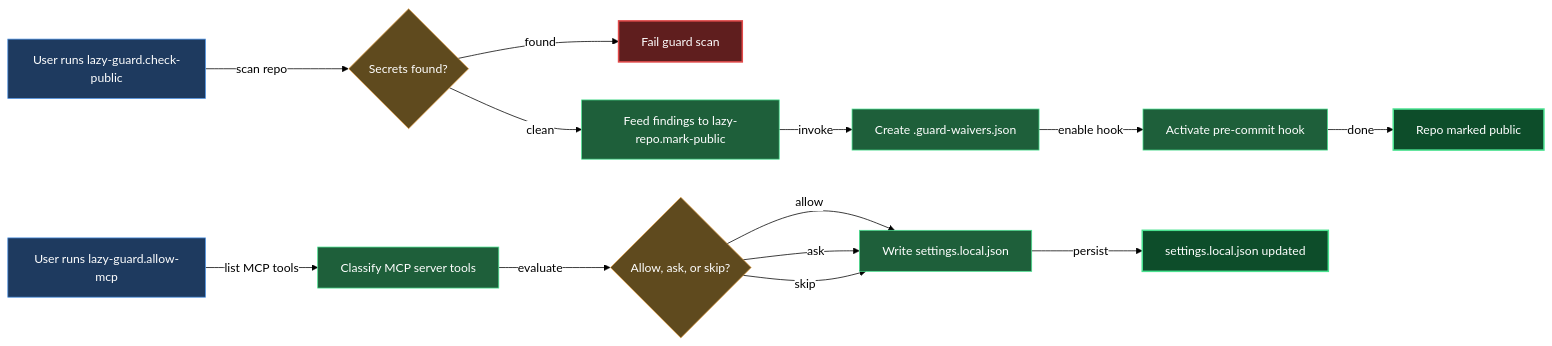
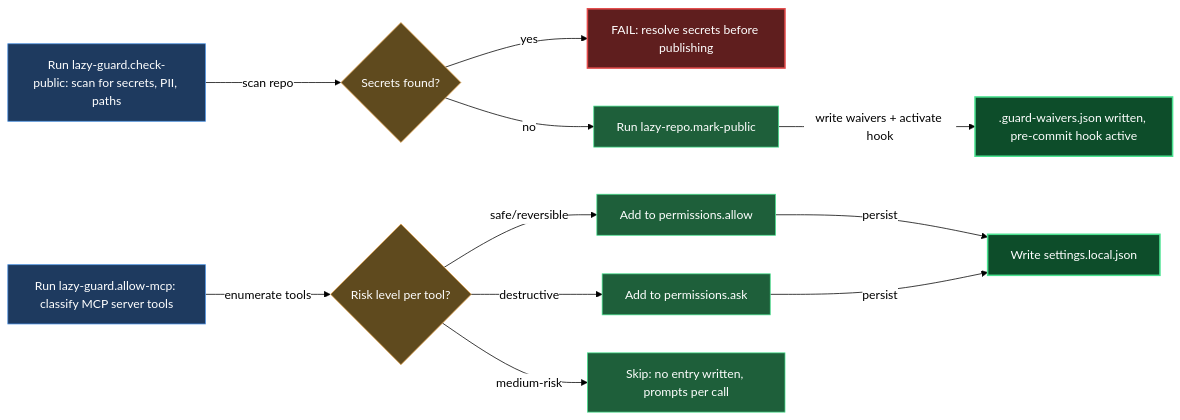
The diagram in claude/lazycortex-core/help/guardian.md (mebius-san/lazy-cortex), drawn with Mermaid before and after one commit. The commit also changed other lines of this file and 34 other files, not shown here.

````diff
--- a/claude/lazycortex-core/help/guardian.md
+++ b/claude/lazycortex-core/help/guardian.md
@@ -60,48 +60,40 @@
 ```mermaid
 %%{init: {'themeVariables':{'background':'transparent','lineColor':'#000','textColor':'#000','edgeLabelBackground':'#fff'},'themeCSS':'.edgeLabel{background-color:transparent!important}.edgeLabel p{background-color:transparent!important}','flowchart':{'diagramPadding':5,'useMaxWidth':true}}}%%
 flowchart LR
-  userRunsCheckPublic[User runs lazy-guard.check-public]
-  secretsFound{Secrets found?}
-  failGuardScan[Fail guard scan]
-  feedFindingsToMarkPublic[Feed findings to lazy-repo.mark-public]
-  createWaiversFile[Create .guard-waivers.json]
-  activatePreCommitHook[Activate pre-commit hook]
-  repoMarkedPublic[Repo marked public]
-  userRunsAllowMcp[User runs lazy-guard.allow-mcp]
-  classifyMcpTools[Classify MCP server tools]
-  bucketDecision{Allow, ask, or skip?}
+  runCheckPublic[Run lazy-guard.check-public: scan for secrets, PII, paths]
+  hasSecrets{Secrets found?}
+  blockOnSecrets[FAIL: resolve secrets before publishing]
+  runMarkPublic[Run lazy-repo.mark-public]
+  repoPublic[".guard-waivers.json written, pre-commit hook active"]
+
+  runAllowMcp[Run lazy-guard.allow-mcp: classify MCP server tools]
+  classifyByRisk{Risk level per tool?}
+  addToAllowBucket[Add to permissions.allow]
+  addToAskBucket[Add to permissions.ask]
+  skipMediumRisk[Skip: no entry written, prompts per call]
   writeSettingsLocal[Write settings.local.json]
-  settingsUpdated[settings.local.json updated]
 
-  userRunsCheckPublic -->|scan repo| secretsFound
-  secretsFound -->|found| failGuardScan
-  secretsFound -->|clean| feedFindingsToMarkPublic
-  feedFindingsToMarkPublic -->|invoke| createWaiversFile
-  createWaiversFile -->|enable hook| activatePreCommitHook
-  activatePreCommitHook -->|done| repoMarkedPublic
-  userRunsAllowMcp -->|list MCP tools| classifyMcpTools
-  classifyMcpTools -->|evaluate| bucketDecision
-  bucketDecision -->|allow| writeSettingsLocal
-  bucketDecision -->|ask| writeSettingsLocal
-  bucketDecision -->|skip| writeSettingsLocal
-  writeSettingsLocal -->|persist| settingsUpdated
+  runCheckPublic -->|scan repo| hasSecrets
+  hasSecrets -->|yes| blockOnSecrets
+  hasSecrets -->|no| runMarkPublic
+  runMarkPublic -->|write waivers + activate hook| repoPublic
+
+  runAllowMcp -->|enumerate tools| classifyByRisk
+  classifyByRisk -->|safe/reversible| addToAllowBucket
+  classifyByRisk -->|destructive| addToAskBucket
+  classifyByRisk -->|medium-risk| skipMediumRisk
+  addToAllowBucket -->|persist| writeSettingsLocal
+  addToAskBucket -->|persist| writeSettingsLocal
 
   classDef entry fill:#1e3a5f,stroke:#4a90e2,color:#fff
   classDef guard fill:#5f4a1e,stroke:#e2a14a,color:#fff
   classDef action fill:#1e5f3a,stroke:#4ae290,color:#fff
   classDef success fill:#0d4d2a,stroke:#4ae290,color:#fff,stroke-width:2px
   classDef error fill:#5f1e1e,stroke:#e24a4a,color:#fff,stroke-width:2px
 
-  class userRunsCheckPublic entry
-  class userRunsAllowMcp entry
-  class secretsFound guard
-  class bucketDecision guard
-  class feedFindingsToMarkPublic action
-  class createWaiversFile action
-  class activatePreCommitHook action
-  class classifyMcpTools action
-  class writeSettingsLocal action
-  class repoMarkedPublic success
-  class settingsUpdated success
-  class failGuardScan error
+  class runCheckPublic,runAllowMcp entry
+  class hasSecrets,classifyByRisk guard
+  class runMarkPublic,addToAllowBucket,addToAskBucket,skipMediumRisk action
+  class repoPublic,writeSettingsLocal success
+  class blockOnSecrets error
 ```
````
